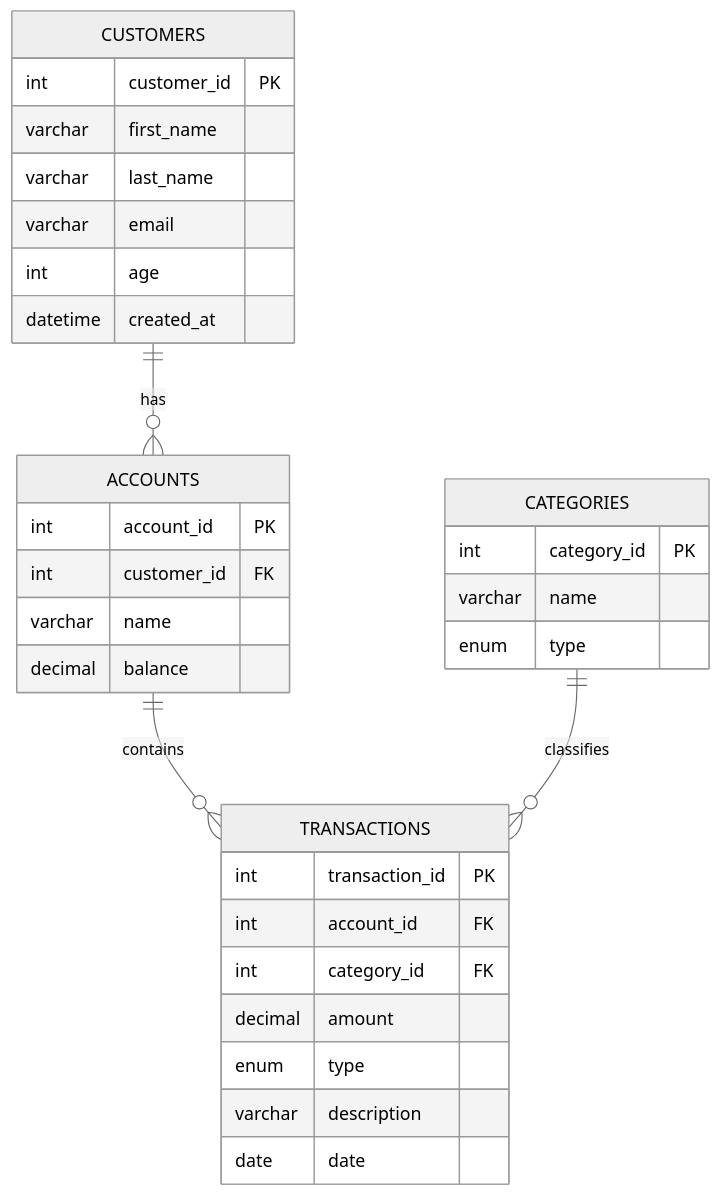
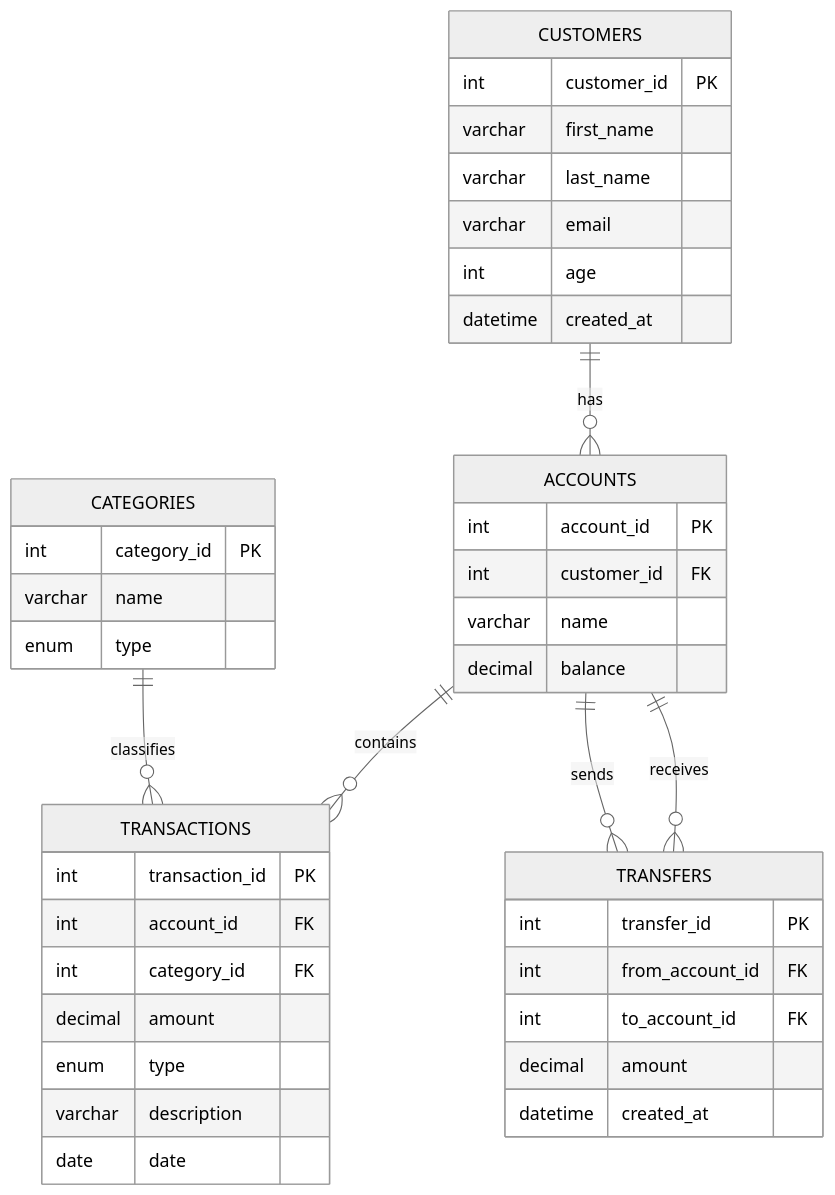
The diagram in README.md (cbarda/personal-finance-tracker), drawn with Mermaid (neutral theme) before and after one commit. The commit also changed other lines of this file, not shown here.

````diff
--- a/README.md
+++ b/README.md
@@ -58,38 +58,48 @@
 ```mermaid
 erDiagram
     CUSTOMERS {
         int customer_id PK
         varchar first_name
         varchar last_name
         varchar email
         int age
         datetime created_at
     }
 
     CATEGORIES {
         int category_id PK
         varchar name
         enum type
     }
 
     ACCOUNTS {
         int account_id PK
         int customer_id FK
         varchar name
         decimal balance
     }
 
     TRANSACTIONS {
         int transaction_id PK
         int account_id FK
         int category_id FK
         decimal amount
         enum type
         varchar description
         date date
     }
 
+    TRANSFERS {
+        int transfer_id PK
+        int from_account_id FK
+        int to_account_id FK
+        decimal amount
+        datetime created_at
+    }
+
     CUSTOMERS ||--o{ ACCOUNTS : "has"
     ACCOUNTS ||--o{ TRANSACTIONS : "contains"
     CATEGORIES ||--o{ TRANSACTIONS : "classifies"
+    ACCOUNTS ||--o{ TRANSFERS : "sends"
+    ACCOUNTS ||--o{ TRANSFERS : "receives"
 ```
````
